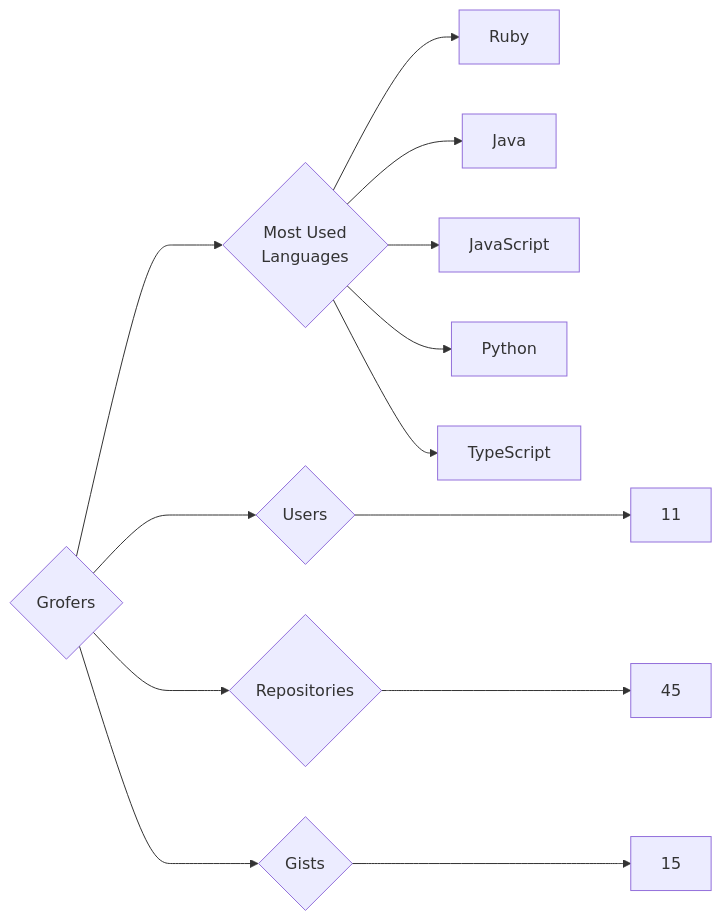
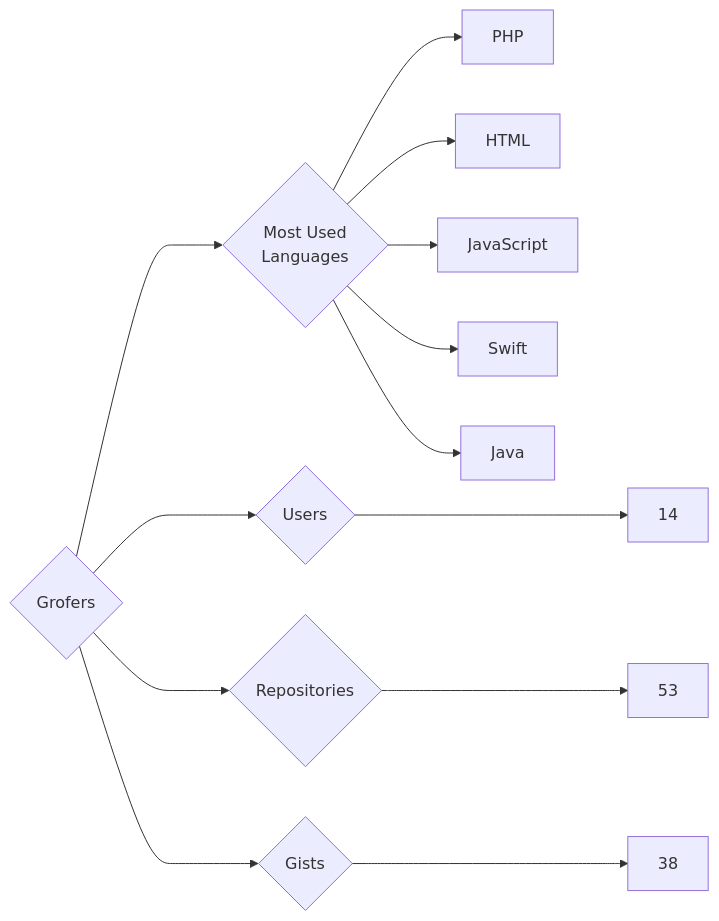
The diagram in targets/Grofers/README.md (trickest/insiders), drawn with Mermaid before and after one commit. The commit also changed 1175 other files, not shown here.

````diff
--- a/targets/Grofers/README.md
+++ b/targets/Grofers/README.md
@@ -3,13 +3,13 @@
 ```mermaid
 graph LR
 COMPANY_NAME{Grofers}
-COMPANY_NAME ---> U{Users} ---> UN[11]
-COMPANY_NAME ---> R{Repositories} ---> RN[45]
-COMPANY_NAME ---> G{Gists} ---> GN[15]
+COMPANY_NAME ---> U{Users} ---> UN[14]
+COMPANY_NAME ---> R{Repositories} ---> RN[53]
+COMPANY_NAME ---> G{Gists} ---> GN[38]
 COMPANY_NAME ---> ML{Most Used<br>Languages}
-ML --> Ruby[Ruby]
+ML --> PHP[PHP]
+ML --> HTML[HTML]
+ML --> JavaScript[JavaScript]
+ML --> Swift[Swift]
 ML --> Java[Java]
-ML --> JavaScript[JavaScript]
-ML --> Python[Python]
-ML --> TypeScript[TypeScript]
 ```
````
